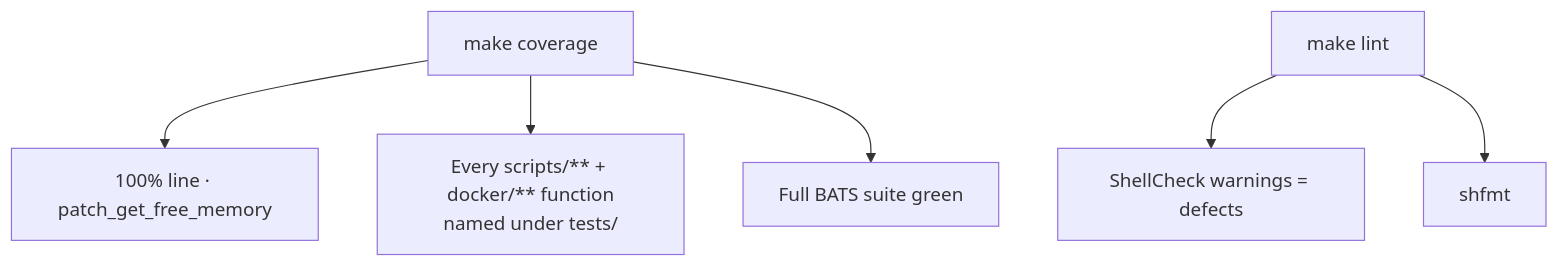
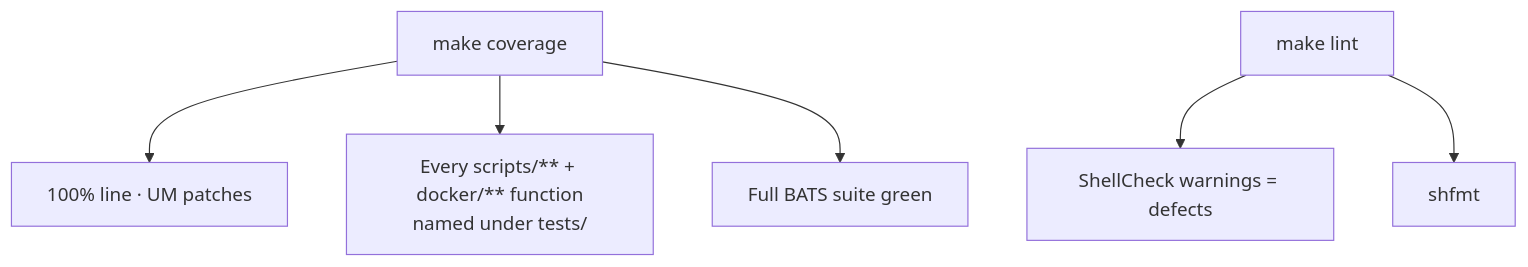
The fifth of 6 diagrams in docs/project-conventions.md (toxicoder/ez-comfy-stack), drawn with Mermaid before and after one commit. The commit also changed other lines of this file and 25 other files, not shown here.

````diff
--- a/docs/project-conventions.md
+++ b/docs/project-conventions.md
@@ -212,8 +212,8 @@
 ```mermaid
 flowchart TB
-  Cov["make coverage"] --> Py["100% line · patch_get_free_memory"]
+  Cov["make coverage"] --> Py["100% line · UM patches"]
   Cov --> Shell["Every scripts/** + docker/** function<br/>named under tests/"]
   Cov --> Bats["Full BATS suite green"]
   Lint["make lint"] --> SC["ShellCheck warnings = defects"]
   Lint --> Fmt["shfmt"]
 ```
````
